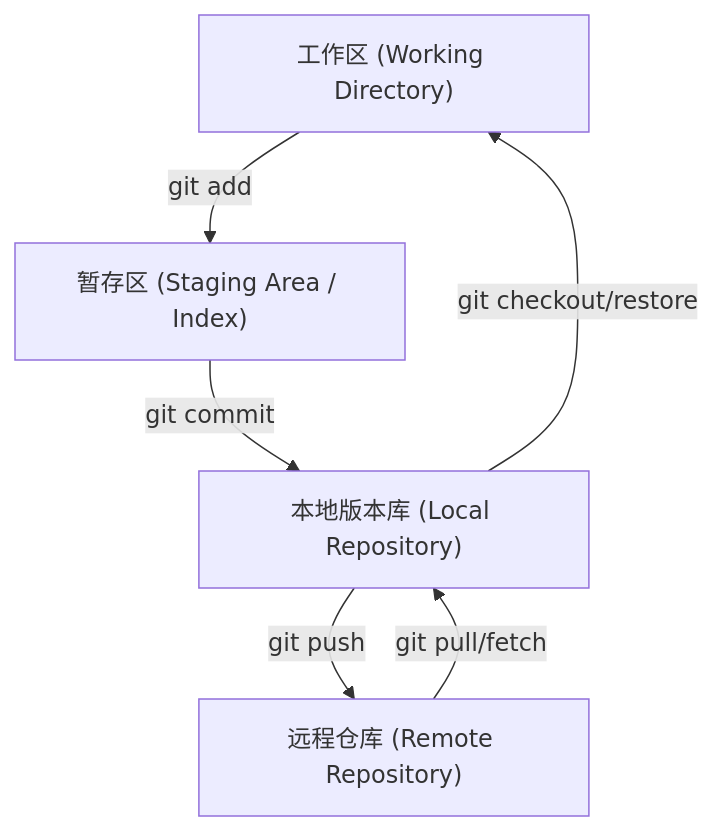
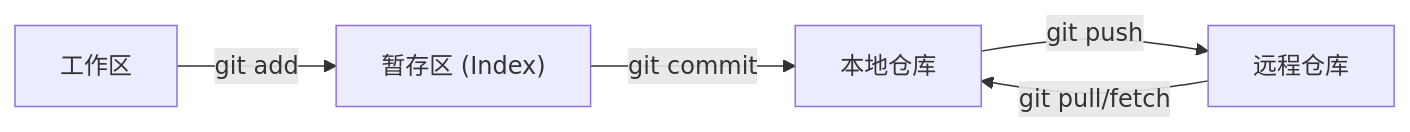
One commit to teatang/t-blog changed the diagram in source/_posts/2023/2023-11-02_Git命令详解与实践.md. Above: the diagram before and after it, drawn with Mermaid. The commit also changed other lines of this file and 4 other files, not shown here.

```diff
--- a/source/_posts/2023/2023-11-02_Git命令详解与实践.md
+++ b/source/_posts/2023/2023-11-02_Git命令详解与实践.md
@@ -52,8 +52,7 @@
 {% mermaid %}
-graph TD
-    A["工作区 (Working Directory)"] -- git add --> B["暂存区 (Staging Area / Index)"]
-    B -- git commit --> C["本地版本库 (Local Repository)"]
-    C -- git push --> D["远程仓库 (Remote Repository)"]
+graph LR
+    A[工作区] -- git add --> B["暂存区 (Index)"]
+    B -- git commit --> C[本地仓库]
+    C -- git push --> D[远程仓库]
     D -- git pull/fetch --> C
-    C -- git checkout/restore --> A
 {% endmermaid %}
```
